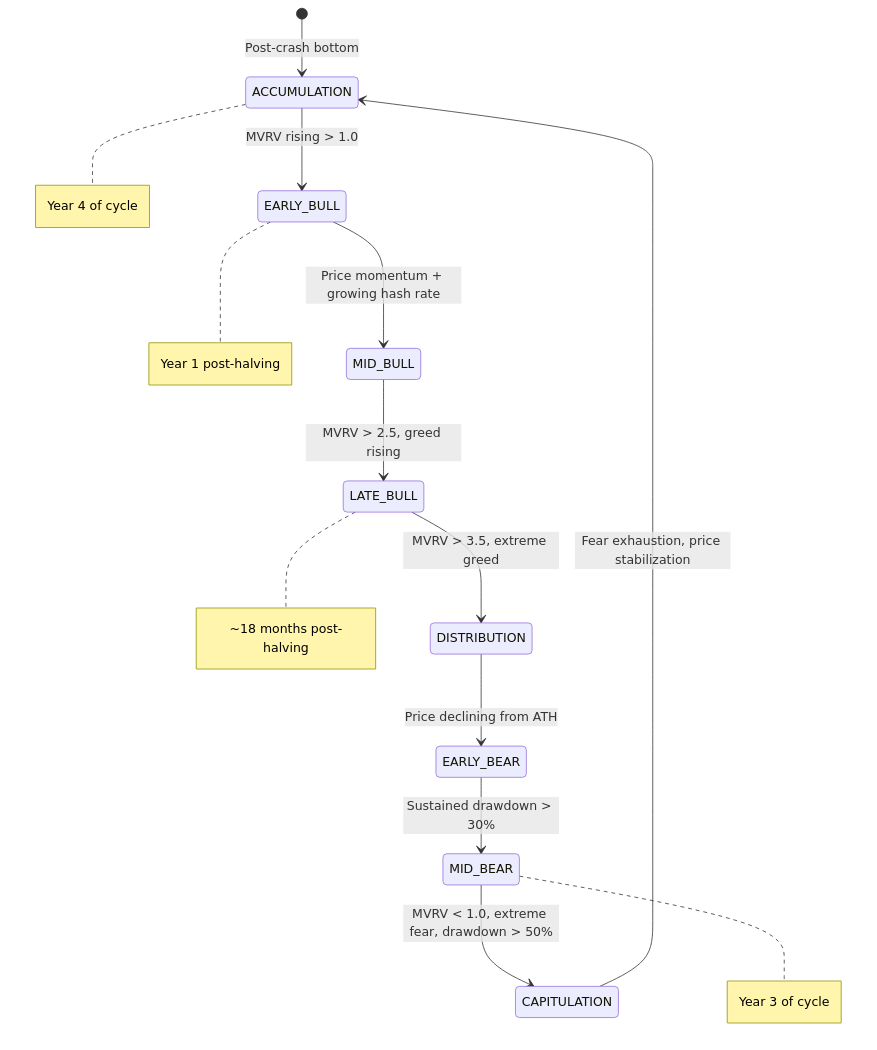
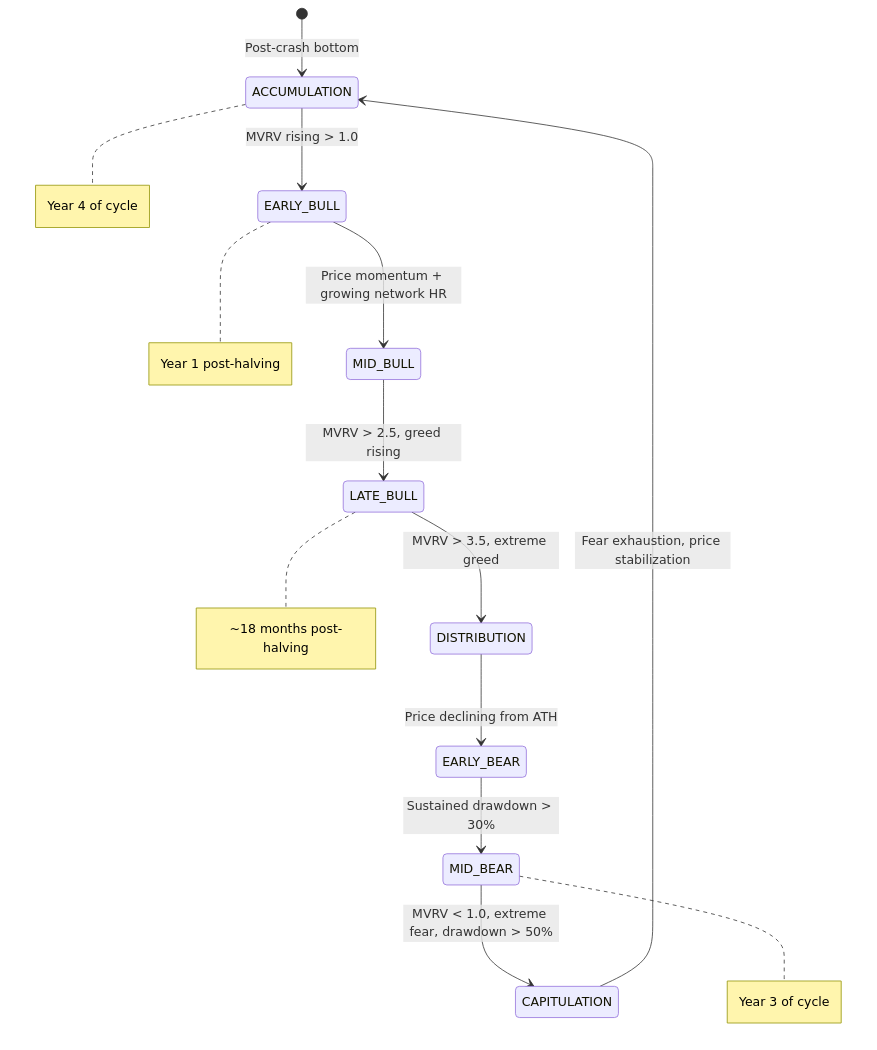
One commit to bjuice1/Bitcoing changed the third of 3 diagrams in README.md. Above: the diagram before and after it, drawn with Mermaid. The commit also changed other lines of this file and 1 other file, not shown here.

Commit message:
Replace hash rate in docs to avoid Railway ban

````diff
--- a/README.md
+++ b/README.md
@@ -441,17 +441,17 @@
 ```mermaid
 stateDiagram-v2
     [*] --> ACCUMULATION: Post-crash bottom
     ACCUMULATION --> EARLY_BULL: MVRV rising > 1.0
-    EARLY_BULL --> MID_BULL: Price momentum + growing hash rate
+    EARLY_BULL --> MID_BULL: Price momentum + growing network HR
     MID_BULL --> LATE_BULL: MVRV > 2.5, greed rising
     LATE_BULL --> DISTRIBUTION: MVRV > 3.5, extreme greed
     DISTRIBUTION --> EARLY_BEAR: Price declining from ATH
     EARLY_BEAR --> MID_BEAR: Sustained drawdown > 30%
     MID_BEAR --> CAPITULATION: MVRV < 1.0, extreme fear, drawdown > 50%
     CAPITULATION --> ACCUMULATION: Fear exhaustion, price stabilization
 
     note right of ACCUMULATION: Year 4 of cycle
     note right of EARLY_BULL: Year 1 post-halving
     note right of LATE_BULL: ~18 months post-halving
     note right of MID_BEAR: Year 3 of cycle
 ```
````
